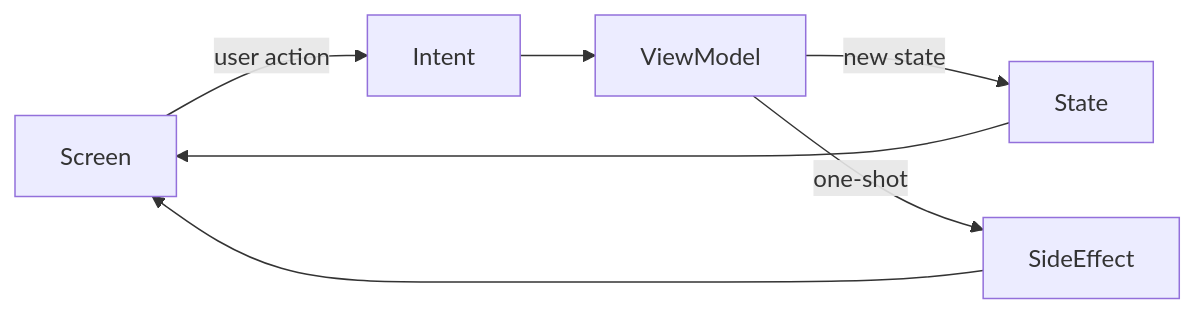
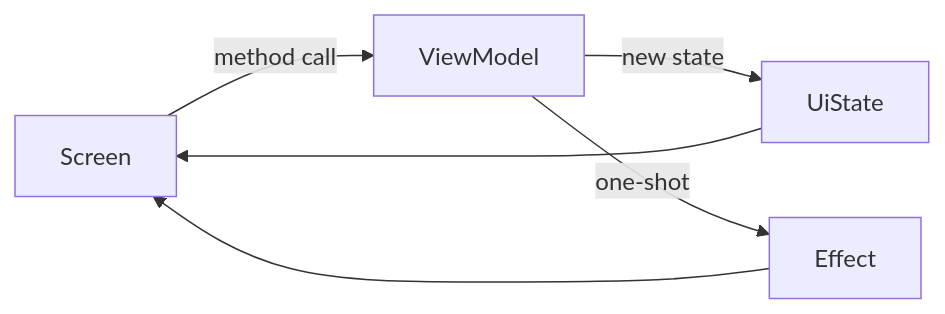
Before and after one commit to LStudioO/skilky-money-tracker: the third of 9 diagrams in docs/architecture.md, drawn with Mermaid. The commit also changed other lines of this file and 12 other files, not shown here.

Commit message:
Move the screens off MVI to MVVM+ with direct ViewModel methods.

````diff
--- a/docs/architecture.md
+++ b/docs/architecture.md
@@ -121,9 +121,8 @@
 ```mermaid
 flowchart LR
-    UI[Screen] -->|user action| INTENT[Intent]
-    INTENT --> VM[ViewModel]
-    VM -->|new state| STATE[State]
+    UI[Screen] -->|method call| VM[ViewModel]
+    VM -->|new state| STATE[UiState]
     STATE --> UI
-    VM -->|one-shot| EFFECT[SideEffect]
+    VM -->|one-shot| EFFECT[Effect]
     EFFECT --> UI
 ```
````
